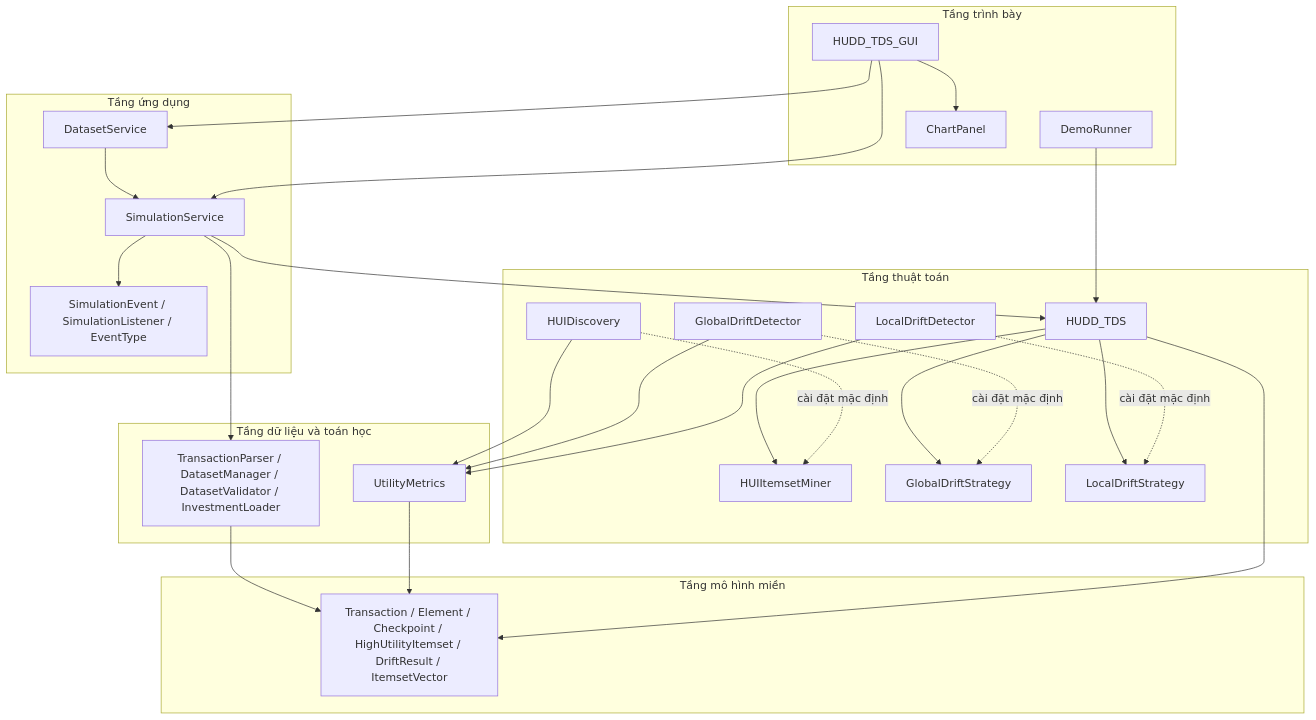
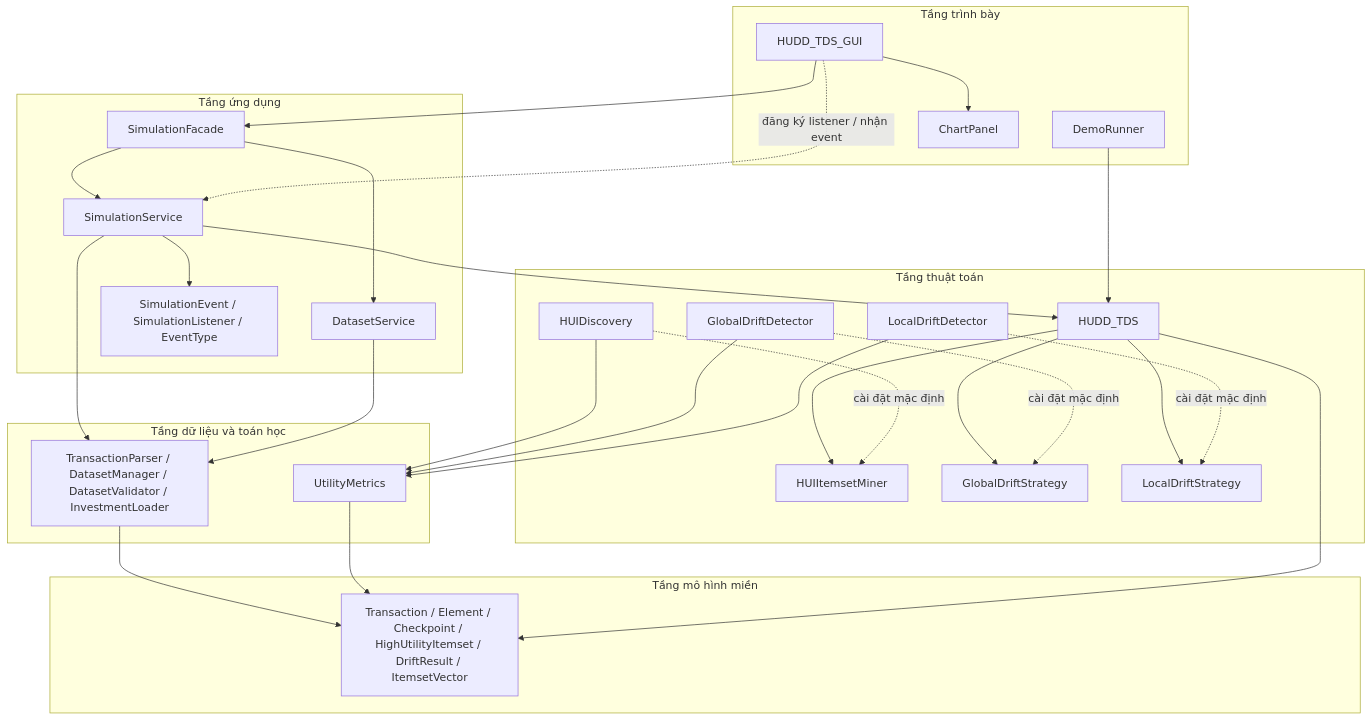
One commit to Bee-Max-Ne/Lap-Trinh-Java-Nang-Cao changed the diagram in docs/architecture.md. Above: the diagram before and after it, drawn with Mermaid. The commit also changed other lines of this file and 14 other files, not shown here.

````diff
--- a/docs/architecture.md
+++ b/docs/architecture.md
@@ -33,54 +36,57 @@
 ```mermaid
 flowchart TD
     subgraph Presentation["Tầng trình bày"]
         GUI["HUDD_TDS_GUI"]
         CLI["DemoRunner"]
         CHART["ChartPanel"]
         GUI --> CHART
     end
 
     subgraph Application["Tầng ứng dụng"]
+        FACADE["SimulationFacade"]
         DS["DatasetService"]
         SS["SimulationService"]
         EVENTS["SimulationEvent / SimulationListener / EventType"]
-        DS --> SS
+        FACADE --> DS
+        FACADE --> SS
         SS --> EVENTS
     end
 
     subgraph Algorithm["Tầng thuật toán"]
         ENGINE["HUDD_TDS"]
         MINER["HUIItemsetMiner"]
         GLOBAL["GlobalDriftStrategy"]
         LOCAL["LocalDriftStrategy"]
         HUI_IMPL["HUIDiscovery"]
         GLOBAL_IMPL["GlobalDriftDetector"]
         LOCAL_IMPL["LocalDriftDetector"]
         ENGINE --> MINER
         ENGINE --> GLOBAL
         ENGINE --> LOCAL
         HUI_IMPL -. "cài đặt mặc định" .-> MINER
         GLOBAL_IMPL -. "cài đặt mặc định" .-> GLOBAL
         LOCAL_IMPL -. "cài đặt mặc định" .-> LOCAL
     end
 
     subgraph DataMath["Tầng dữ liệu và toán học"]
         DATA["TransactionParser / DatasetManager / DatasetValidator / InvestmentLoader"]
         MATH["UtilityMetrics"]
     end
 
     subgraph Domain["Tầng mô hình miền"]
         MODEL["Transaction / Element / Checkpoint / HighUtilityItemset / DriftResult / ItemsetVector"]
     end
 
-    GUI --> DS
-    GUI --> SS
+    GUI --> FACADE
+    GUI -. "đăng ký listener / nhận event" .-> SS
     CLI --> ENGINE
     SS --> DATA
     SS --> ENGINE
+    DS --> DATA
     HUI_IMPL --> MATH
     GLOBAL_IMPL --> MATH
     LOCAL_IMPL --> MATH
     DATA --> MODEL
     MATH --> MODEL
     ENGINE --> MODEL
 ```
````
